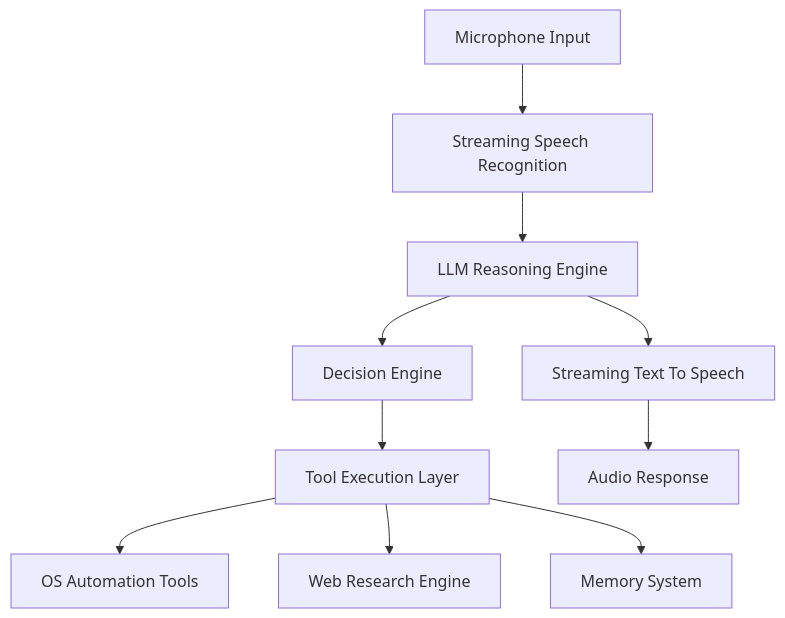
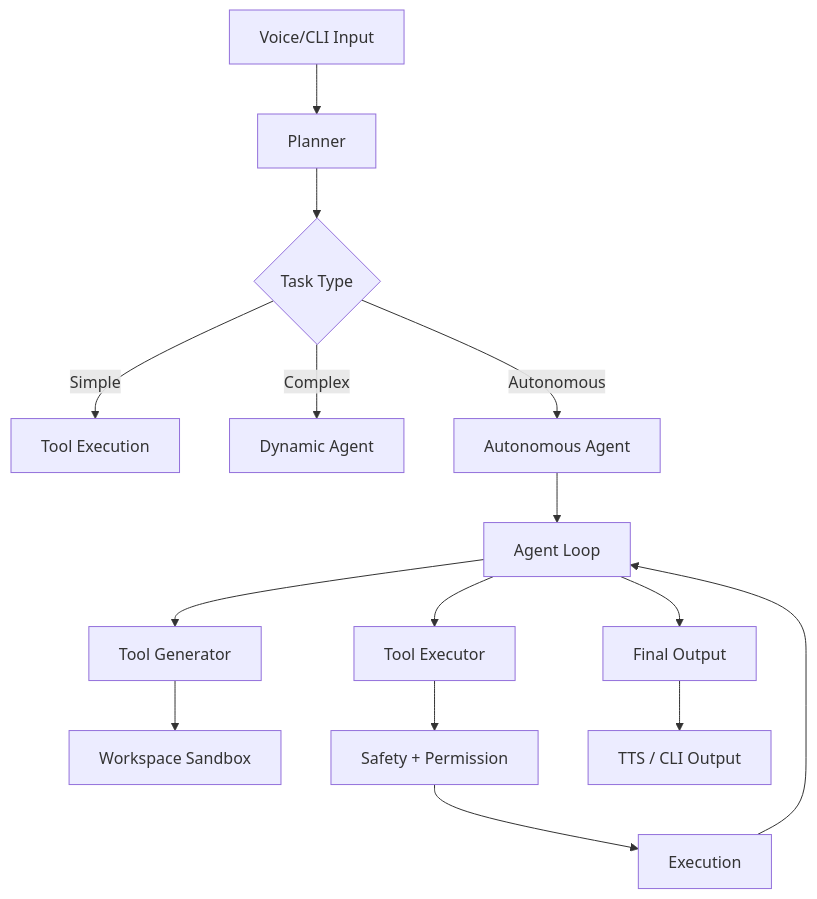
One commit to sudharsanraja123/VoiceOS changed the diagram in README.md. Above: the diagram before and after it, drawn with Mermaid. The commit also changed other lines of this file and 787 other files, not shown here.

````diff
--- a/README.md
+++ b/README.md
@@ -84,22 +97,24 @@
 ```mermaid
 graph TD
 
-A[Microphone Input] --> B[Streaming Speech Recognition]
+A[Voice/CLI Input] --> B[Planner]
 
-B --> C[LLM Reasoning Engine]
+B --> C{Task Type}
 
-C --> D[Decision Engine]
+C -->|Simple| D[Tool Execution]
+C -->|Complex| E[Dynamic Agent]
+C -->|Autonomous| F[Autonomous Agent]
 
-D --> E[Tool Execution Layer]
+F --> G[Agent Loop]
+G --> H[Tool Generator]
+G --> I[Tool Executor]
 
-E --> F[OS Automation Tools]
+H --> J[Workspace Sandbox]
+I --> K[Safety + Permission]
 
-E --> G[Web Research Engine]
+K --> L[Execution]
+L --> G
 
-E --> H[Memory System]
-
-C --> I[Streaming Text To Speech]
-
-I --> J[Audio Response]
-
+G --> M[Final Output]
+M --> N[TTS / CLI Output]
 ```
````
